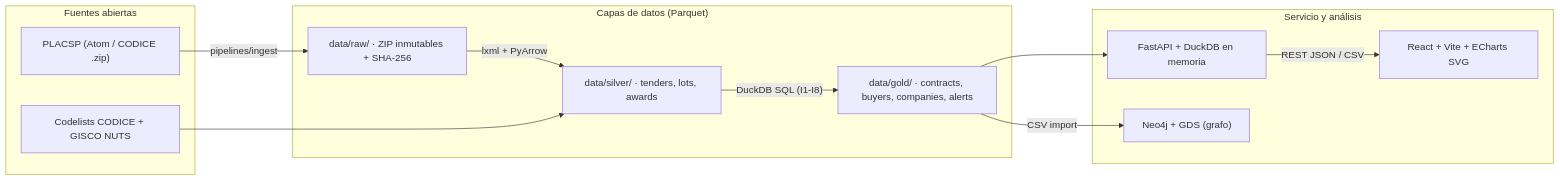
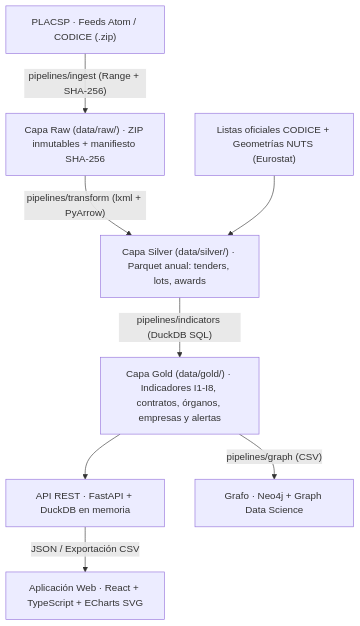
Before and after one commit to adrianfuertes04/riesgos-contratacion-publica: the diagram in README.md, drawn with Mermaid.

Commit message:
docs: cambiar diagrama de arquitectura a orientación vertical (flowchart TD)

````diff
--- a/README.md
+++ b/README.md
@@ -19,27 +19,21 @@
 ```mermaid
-flowchart LR
-    subgraph Fuentes["Fuentes abiertas"]
-        PLACSP["PLACSP (Atom / CODICE .zip)"]
-        REF["Codelists CODICE + GISCO NUTS"]
-    end
+flowchart TD
+    PLACSP["PLACSP · Feeds Atom / CODICE (.zip)"]
+    REF["Listas oficiales CODICE + Geometrías NUTS (Eurostat)"]
 
-    subgraph Almacenamiento["Capas de datos (Parquet)"]
-        RAW["data/raw/ · ZIP inmutables + SHA-256"]
-        SILVER["data/silver/ · tenders, lots, awards"]
-        GOLD["data/gold/ · contracts, buyers, companies, alerts"]
-    end
+    RAW["Capa Raw (data/raw/) · ZIP inmutables + manifiesto SHA-256"]
+    SILVER["Capa Silver (data/silver/) · Parquet anual: tenders, lots, awards"]
+    GOLD["Capa Gold (data/gold/) · Indicadores I1-I8, contratos, órganos, empresas y alertas"]
 
-    subgraph Consumo["Servicio y análisis"]
-        API["FastAPI + DuckDB en memoria"]
-        NEO["Neo4j + GDS (grafo)"]
-        WEB["React + Vite + ECharts SVG"]
-    end
+    API["API REST · FastAPI + DuckDB en memoria"]
+    NEO["Grafo · Neo4j + Graph Data Science"]
+    WEB["Aplicación Web · React + TypeScript + ECharts SVG"]
 
-    PLACSP -->|"pipelines/ingest"| RAW
-    RAW -->|"lxml + PyArrow"| SILVER
+    PLACSP -->|"pipelines/ingest (Range + SHA-256)"| RAW
+    RAW -->|"pipelines/transform (lxml + PyArrow)"| SILVER
     REF --> SILVER
-    SILVER -->|"DuckDB SQL (I1-I8)"| GOLD
+    SILVER -->|"pipelines/indicators (DuckDB SQL)"| GOLD
     GOLD --> API
-    GOLD -->|"CSV import"| NEO
-    API -->|"REST JSON / CSV"| WEB
+    GOLD -->|"pipelines/graph (CSV)"| NEO
+    API -->|"JSON / Exportación CSV"| WEB
 ```
````
